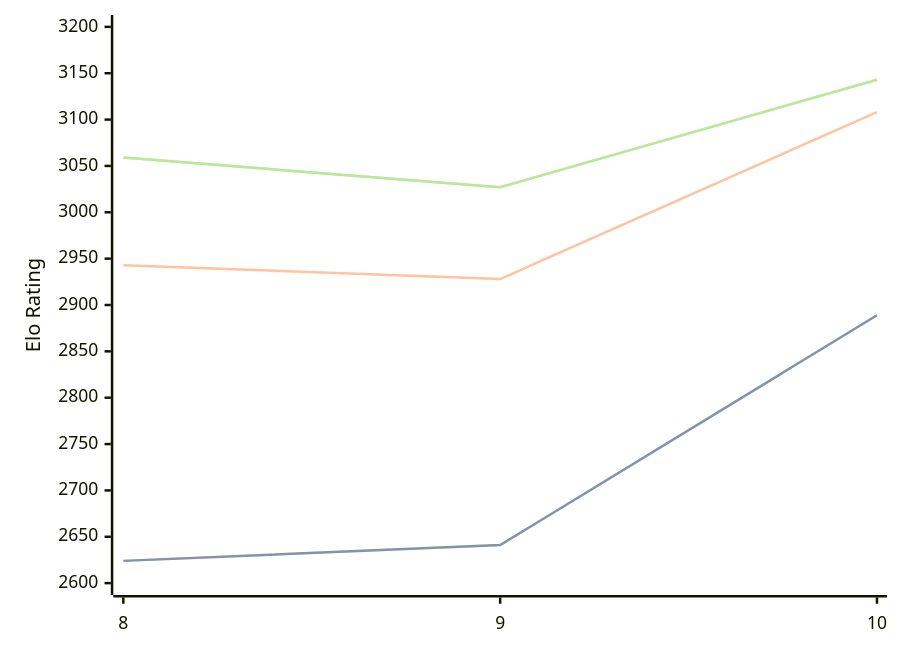
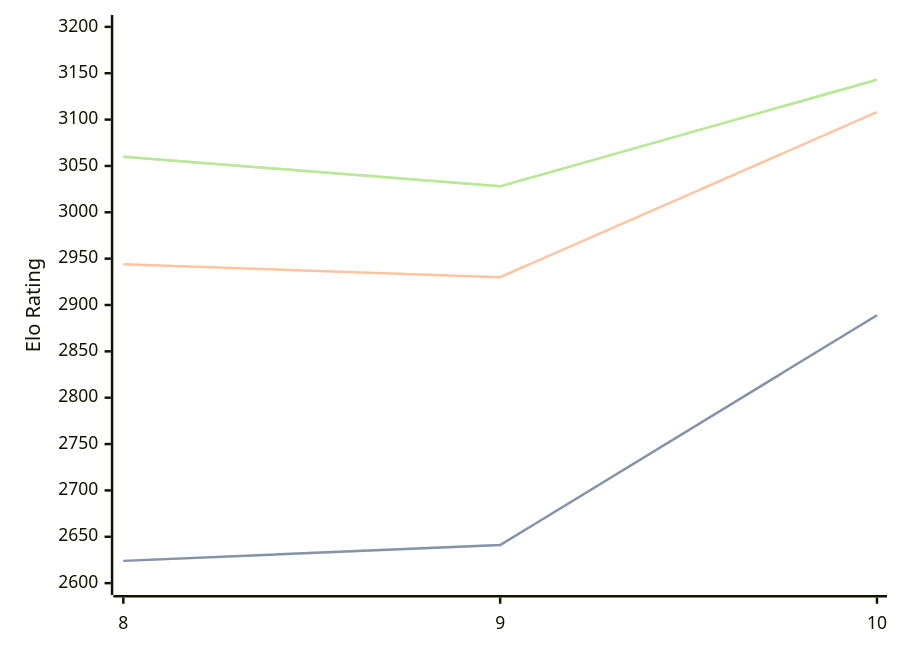
Before and after one commit to computer-chess-index/cci: the diagram in engines/Lozza.md, drawn with Mermaid. The commit also changed other lines of this file, not shown here.

Commit message:
Update CCI Ratings (ELO VLTC) - 2026-04-10

````diff
--- a/engines/Lozza.md
+++ b/engines/Lozza.md
@@ -41,11 +41,11 @@
 ```mermaid
 %%{init: {"theme":"base","themeVariables":{"seriesColors:['#a3a3a3','#222221','#faa371']}}}%%
 xychart-beta
   x-axis ["8", "9", "10"]
   y-axis "Elo Rating" 2600 --> 3200
   line "STC (8.0+0.08s)" [2624, 2641, 2889]
   line "STC (8.0+0.08s)" [2624, 2641, 2889]
-  line "LTC (60.0+0.60s)" [2943, 2928, 3108]
-  line "VLTC (2m24s+1.12s)" [3059, 3027, 3143]
-  line "VLTC (2m24s+1.12s)" [3059, 3027, 3143]
+  line "LTC (60.0+0.60s)" [2944, 2930, 3108]
+  line "VLTC (2m24s+1.12s)" [3060, 3028, 3143]
+  line "VLTC (2m24s+1.12s)" [3060, 3028, 3143]
 ```
````
